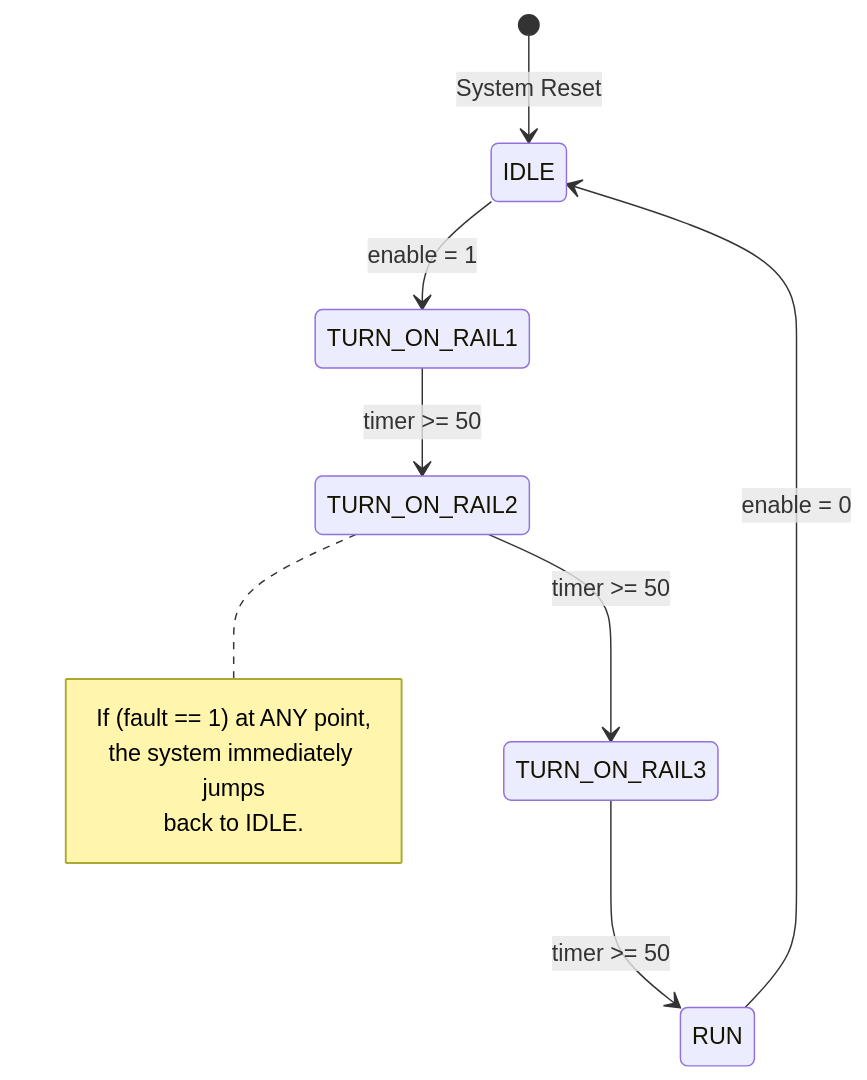
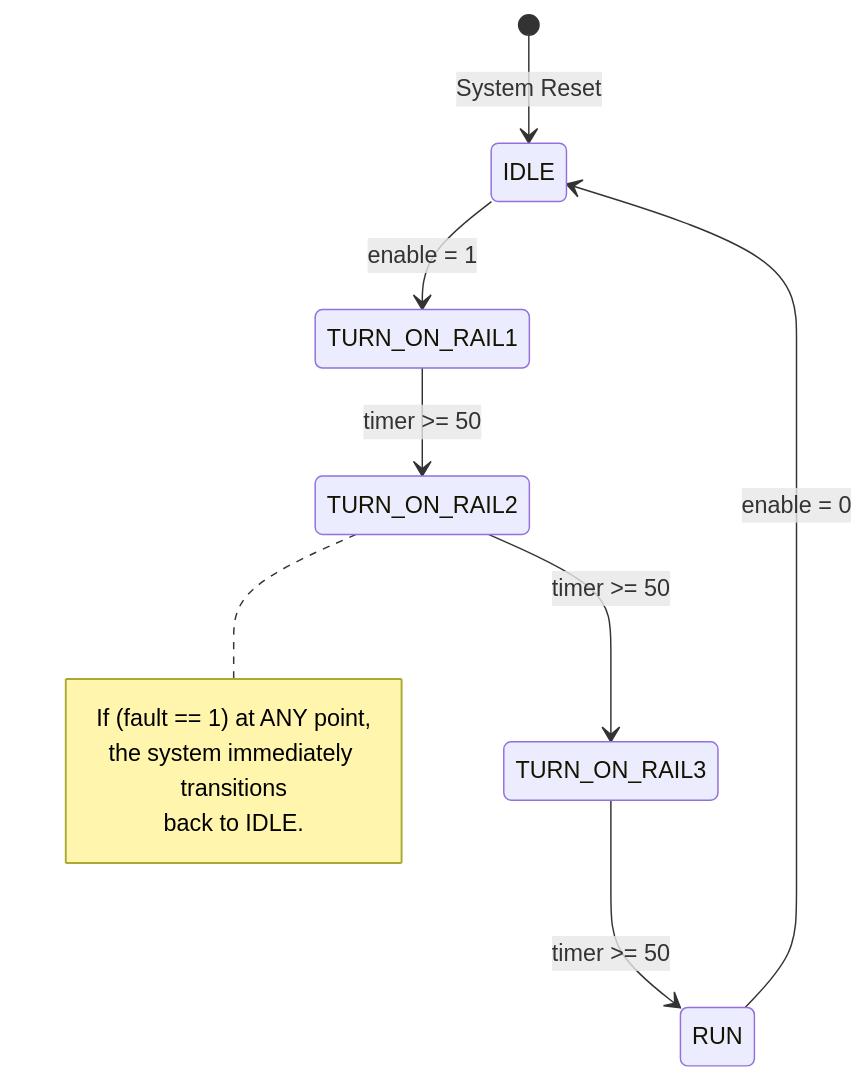
Before and after one commit to Prady2112/PMIC-Controller: the second of 2 diagrams in README.md, drawn with Mermaid. The commit also changed other lines of this file, not shown here.

````diff
--- a/README.md
+++ b/README.md
@@ -50,15 +50,15 @@
 ```mermaid
 stateDiagram-v2
     [*] --> IDLE : System Reset
     IDLE --> TURN_ON_RAIL1 : enable = 1
     TURN_ON_RAIL1 --> TURN_ON_RAIL2 : timer >= 50
     TURN_ON_RAIL2 --> TURN_ON_RAIL3 : timer >= 50
     TURN_ON_RAIL3 --> RUN : timer >= 50
     RUN --> IDLE : enable = 0
     
     note right of TURN_ON_RAIL2
         If (fault == 1) at ANY point,
-        the system immediately jumps
+        the system immediately transitions
         back to IDLE.
     end note
 ```
````
